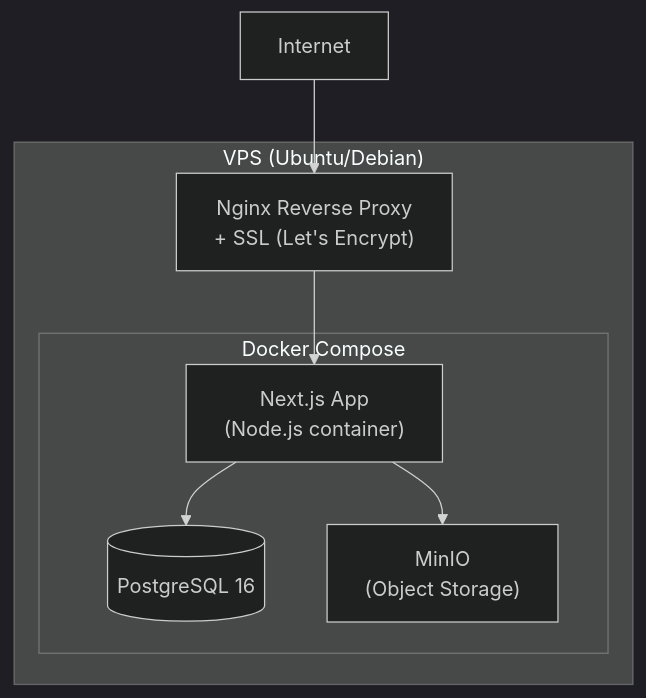
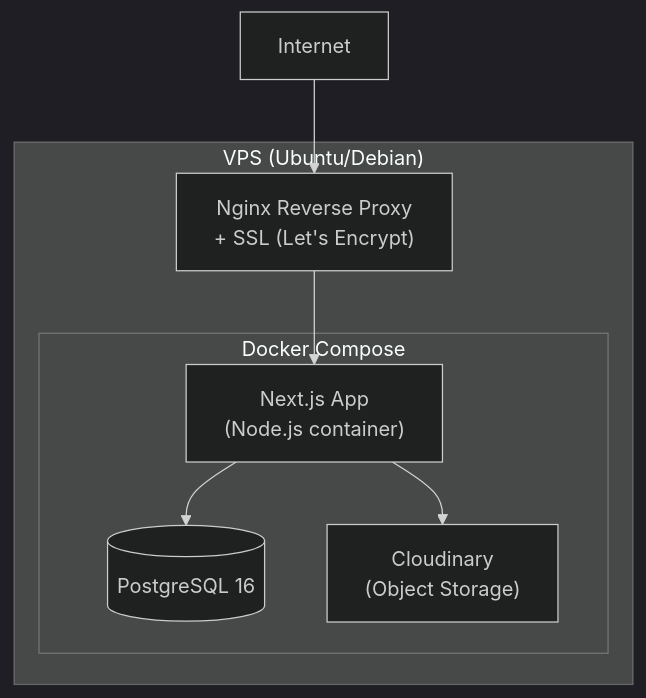
The sixth of 7 diagrams in docs/TDD.md (alchemista27/sim-alfida), drawn with Mermaid (dark theme) before and after one commit. The commit also changed other lines of this file and 33 other files, not shown here.

Commit message:
feat: complete sprint 5 PPDB flow, PDF generation, and multi-schema refactoring

````diff
--- a/docs/TDD.md
+++ b/docs/TDD.md
@@ -834,16 +832,16 @@
 ```mermaid
 graph TB
     subgraph VPS["VPS (Ubuntu/Debian)"]
         NG["Nginx Reverse Proxy\n+ SSL (Let's Encrypt)"]
         subgraph Docker["Docker Compose"]
             APP["Next.js App\n(Node.js container)"]
             DB[("PostgreSQL 16")]
-            MINIO["MinIO\n(Object Storage)"]
+            MINIO["Cloudinary\n(Object Storage)"]
         end
     end
 
     Internet --> NG
     NG --> APP
     APP --> DB
     APP --> MINIO
 ```
````
